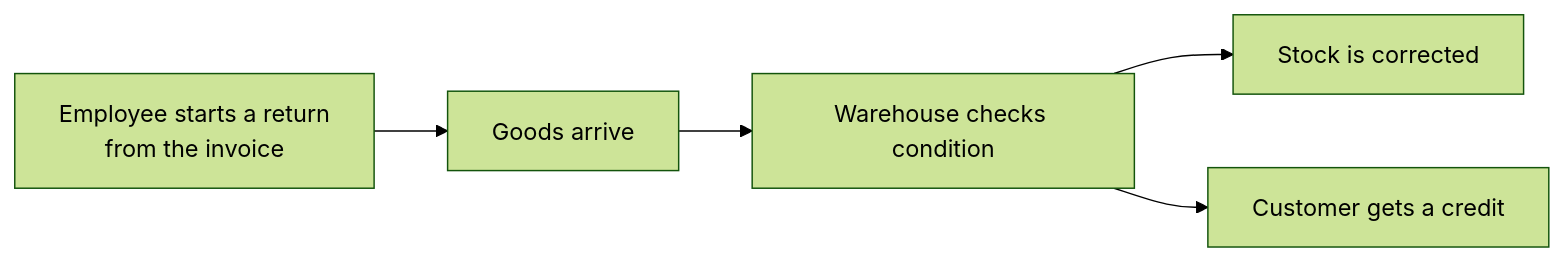
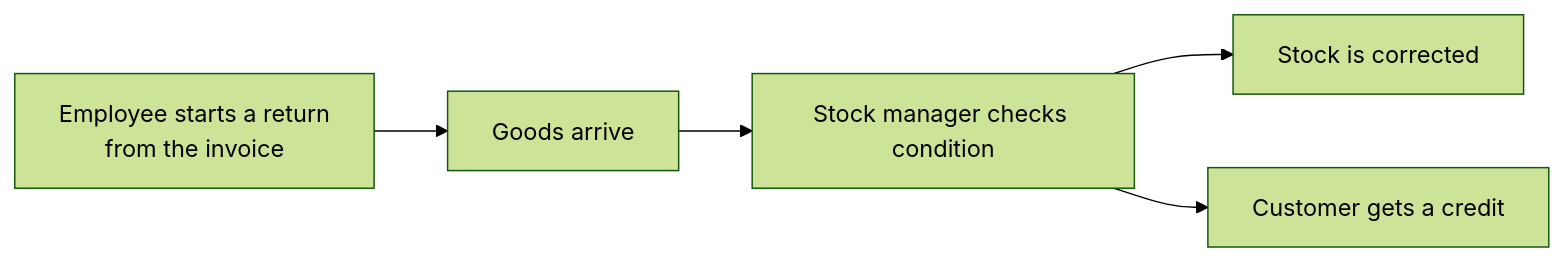
The diagram in docs/sub-plans/08-returns.md (AhmedElnagarUU/Cosmo), drawn with Mermaid (forest theme) before and after one commit. The commit also changed other lines of this file and 33 other files, not shown here.

````diff
--- a/docs/sub-plans/08-returns.md
+++ b/docs/sub-plans/08-returns.md
@@ -37,7 +37,7 @@
 ```mermaid
 flowchart LR
     A[Employee starts a return<br/>from the invoice] --> B[Goods arrive]
-    B --> C[Warehouse checks condition]
+    B --> C[Stock manager checks condition]
     C --> D[Stock is corrected]
     C --> E[Customer gets a credit]
 ```
````
